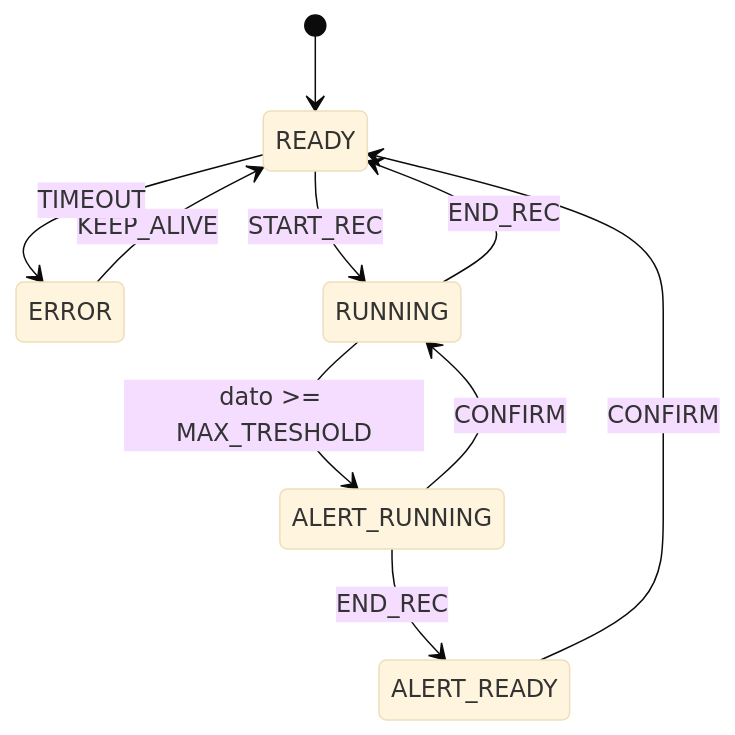
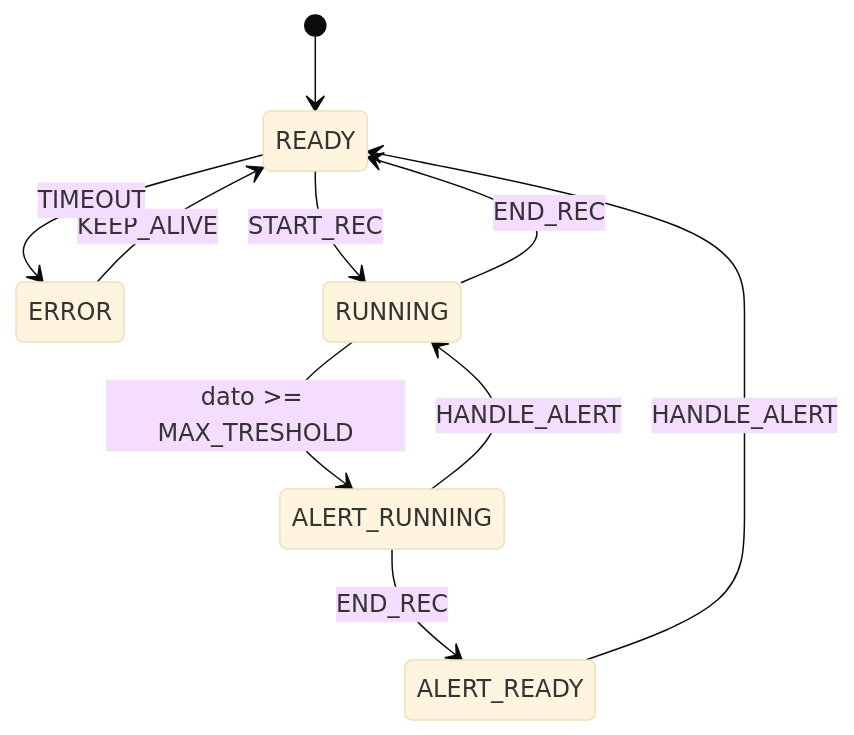
Before and after one commit to monemasrl/irma: the fourth of 6 diagrams in README.md, drawn with Mermaid (base theme). The commit also changed other lines of this file, not shown here.

````diff
--- a/README.md
+++ b/README.md
@@ -170,12 +170,12 @@
 ```mermaid
 stateDiagram-v2
   [*] --> READY
   ERROR --> READY: KEEP_ALIVE
   READY --> ERROR: TIMEOUT
   READY --> RUNNING: START_REC
   RUNNING --> READY: END_REC
   RUNNING --> ALERT_RUNNING: dato >= MAX_TRESHOLD
-  ALERT_RUNNING --> RUNNING: CONFIRM
+  ALERT_RUNNING --> RUNNING: HANDLE_ALERT
   ALERT_RUNNING --> ALERT_READY: END_REC
-  ALERT_READY --> READY: CONFIRM
+  ALERT_READY --> READY: HANDLE_ALERT
 ```
````
